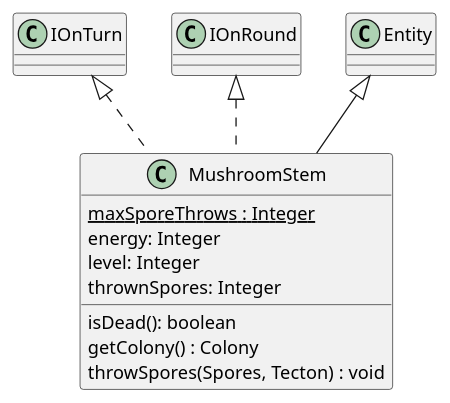
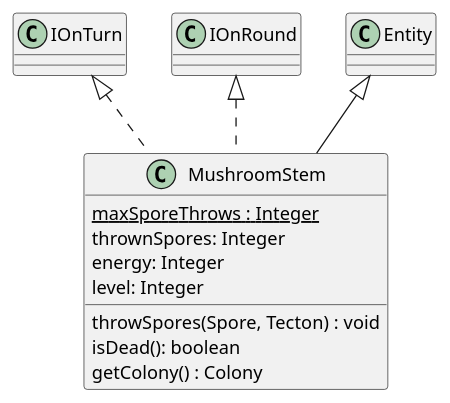
The diagram in 3/classes/mushroomStem.puml (Petya-G/fungorium), drawn with PlantUML before and after one commit.

```diff
--- a/3/classes/mushroomStem.puml
+++ b/3/classes/mushroomStem.puml
@@ -1,15 +1,15 @@
 @startuml mushroomStem
 
 IOnTurn <|.. MushroomStem
 IOnRound <|.. MushroomStem
 Entity <|-- MushroomStem 
 class MushroomStem{
     {static} maxSporeThrows : Integer
+    thrownSpores: Integer
     energy: Integer
     level: Integer
-    thrownSpores: Integer
+    throwSpores(Spore, Tecton) : void
     isDead(): boolean
     getColony() : Colony
-    throwSpores(Spores, Tecton) : void
 }
 @enduml
```
